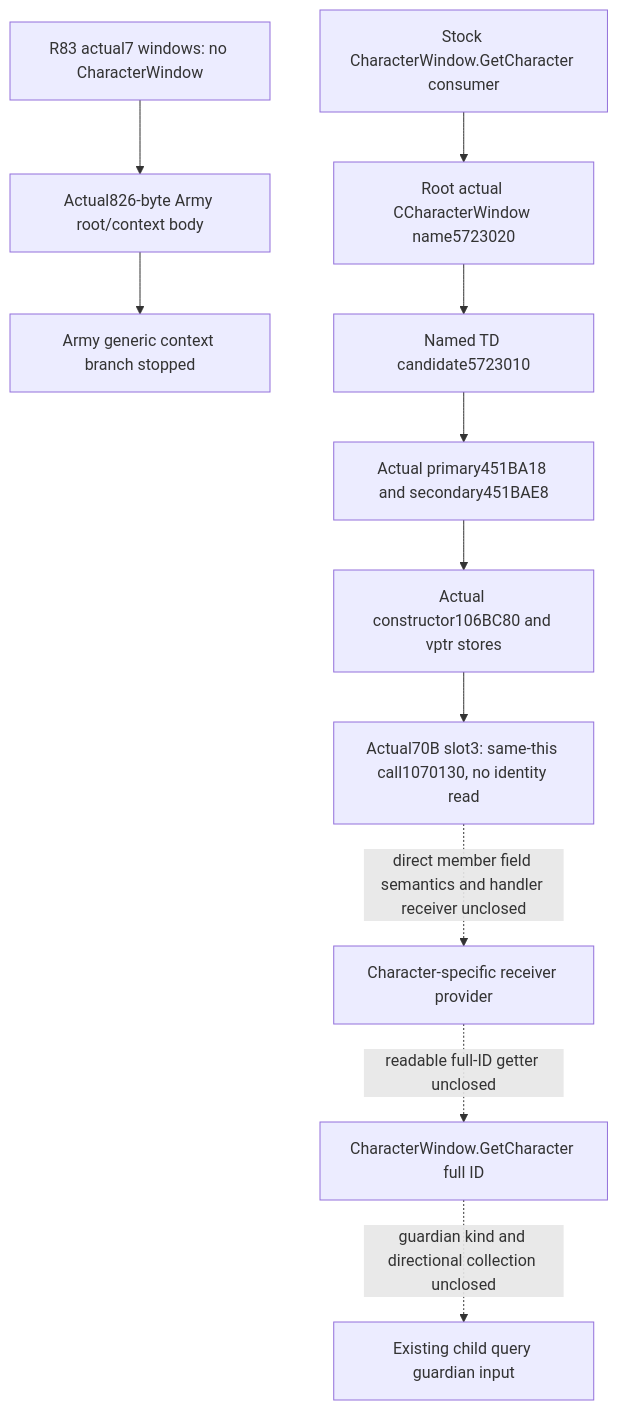
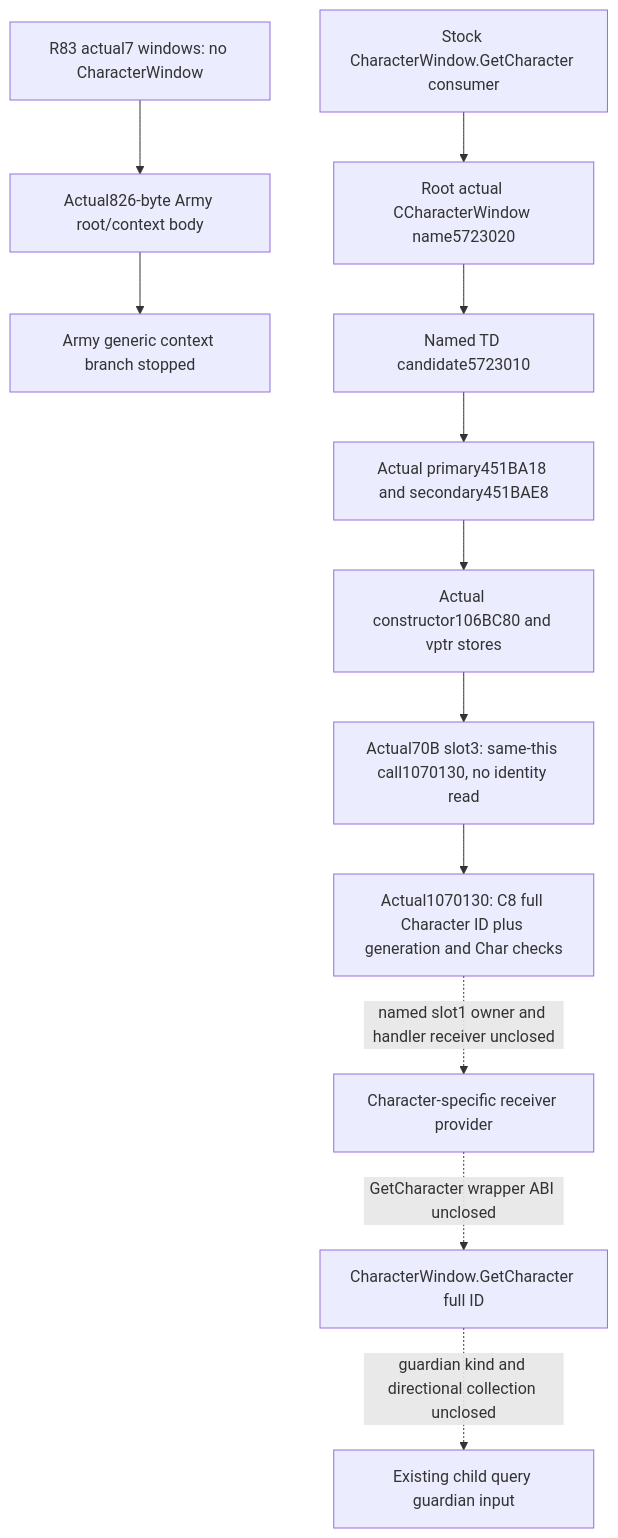
The first of 2 diagrams in docs/ck3-native-ai/character-window-guardian-native-provider-12004.md (XenoAmess/ck3_eternal_recurrence), drawn with Mermaid before and after one commit. The commit also changed other lines of this file, not shown here.

Commit message:
Prove CharacterWindow subject ID and reuse the actual4 resolver

````diff
--- a/docs/ck3-native-ai/character-window-guardian-native-provider-12004.md
+++ b/docs/ck3-native-ai/character-window-guardian-native-provider-12004.md
@@ -361,13 +392,14 @@
 ```mermaid
 flowchart TD
   S[R83 actual7 windows: no CharacterWindow] --> A[Actual826-byte Army root/context body]
   A --> X[Army generic context branch stopped]
   G[Stock CharacterWindow.GetCharacter consumer] --> N[Root actual CCharacterWindow name5723020]
   N --> T[Named TD candidate5723010]
   T --> V[Actual primary451BA18 and secondary451BAE8]
   V --> K[Actual constructor106BC80 and vptr stores]
   K --> M[Actual70B slot3: same-this call1070130, no identity read]
-  M -. direct member field semantics and handler receiver unclosed .-> R[Character-specific receiver provider]
-  R -. readable full-ID getter unclosed .-> C[CharacterWindow.GetCharacter full ID]
+  M --> F[Actual1070130: C8 full Character ID plus generation and Char checks]
+  F -. named slot1 owner and handler receiver unclosed .-> R[Character-specific receiver provider]
+  R -. GetCharacter wrapper ABI unclosed .-> C[CharacterWindow.GetCharacter full ID]
   C -. guardian kind and directional collection unclosed .-> H[Existing child query guardian input]
 ```
````
